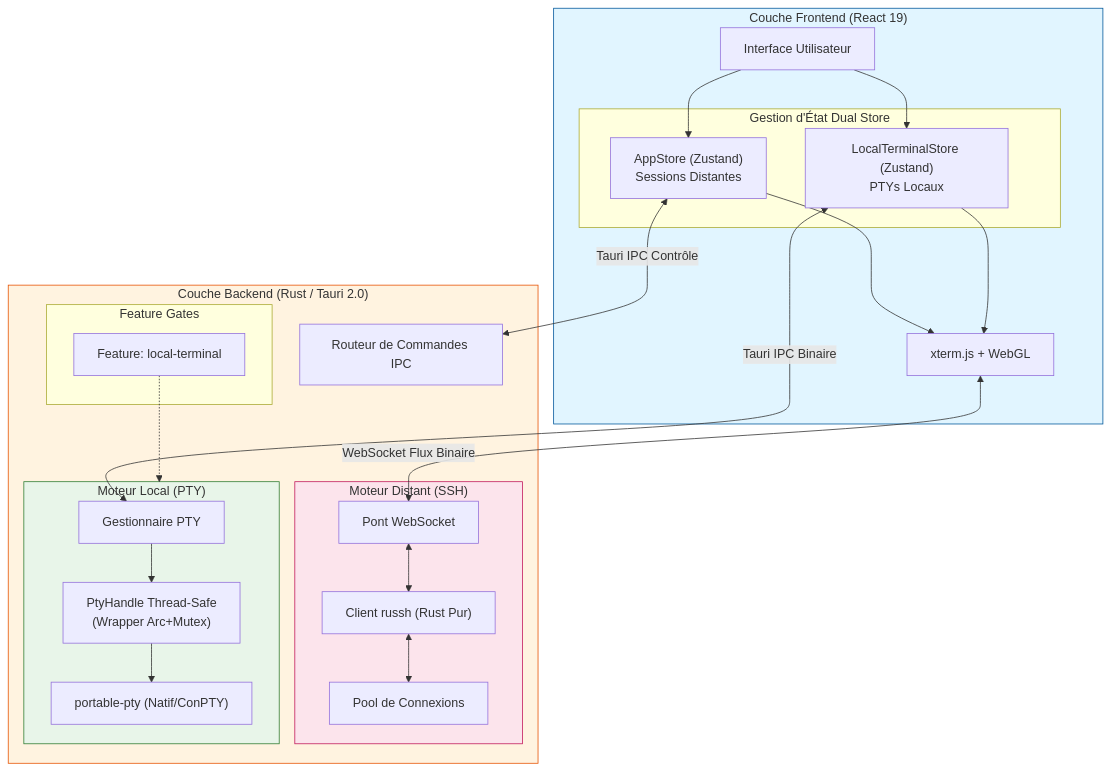
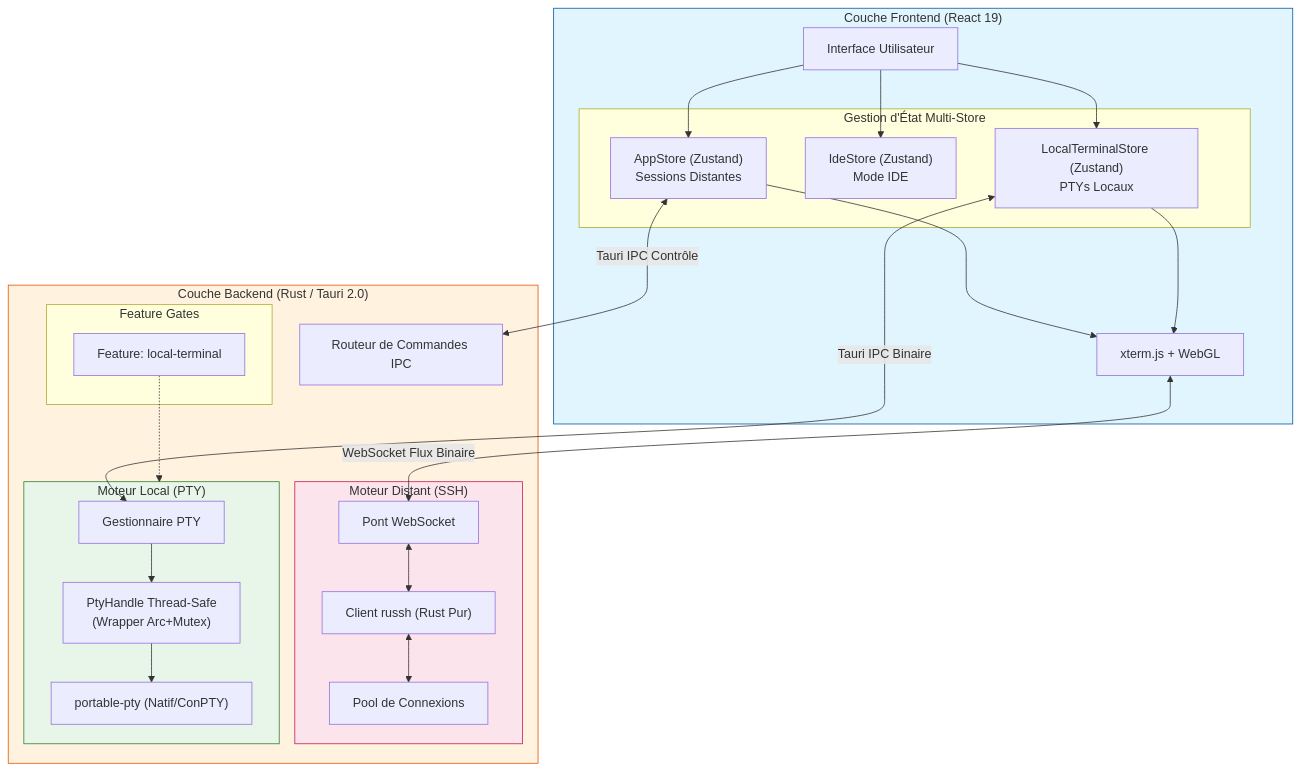
The diagram in README.fr.md (AnalyseDeCircuit/OxideTerm), drawn with Mermaid before and after one commit. The commit also changed other lines of this file and 6 other files, not shown here.

First line of the commit message:
chore: update architecture documentation and version to v1.3.2

````diff
--- a/README.fr.md
+++ b/README.fr.md
@@ -54,53 +55,55 @@
 ```mermaid
 flowchart TB
     subgraph Frontend ["Couche Frontend (React 19)"]
         UI[Interface Utilisateur]
         
-        subgraph Stores ["Gestion d'État Dual Store"]
+        subgraph Stores ["Gestion d'État Multi-Store"]
             RemoteStore["AppStore (Zustand)<br/>Sessions Distantes"]
+            IdeStore["IdeStore (Zustand)<br/>Mode IDE"]
             LocalStore["LocalTerminalStore (Zustand)<br/>PTYs Locaux"]
         end
         
         Terminal["xterm.js + WebGL"]
         
         UI --> RemoteStore
+        UI --> IdeStore
         UI --> LocalStore
         RemoteStore --> Terminal
         LocalStore --> Terminal
     end
 
     subgraph Backend ["Couche Backend (Rust / Tauri 2.0)"]
         Router["Routeur de Commandes IPC"]
         
         subgraph Features ["Feature Gates"]
             LocalFeat["Feature: local-terminal"]
         end
 
         subgraph RemoteEngine ["Moteur Distant (SSH)"]
             WS["Pont WebSocket"]
             SSH["Client russh (Rust Pur)"]
             Pool["Pool de Connexions"]
         end
 
         subgraph LocalEngine ["Moteur Local (PTY)"]
             PtyMgr["Gestionnaire PTY"]
             PtyHandle["PtyHandle Thread-Safe<br/>(Wrapper Arc+Mutex)"]
             NativePTY["portable-pty (Natif/ConPTY)"]
         end
     end
 
     %% Flux de Données
     LocalStore <-->|Tauri IPC Binaire| PtyMgr
     PtyMgr --> PtyHandle --> NativePTY
     
     RemoteStore <-->|Tauri IPC Contrôle| Router
     Terminal <-->|WebSocket Flux Binaire| WS
     WS <--> SSH <--> Pool
     
     LocalFeat -.-> LocalEngine
     
     style Frontend fill:#e1f5ff,stroke:#01579b
     style Backend fill:#fff3e0,stroke:#e65100
     style LocalEngine fill:#e8f5e9,stroke:#2e7d32
     style RemoteEngine fill:#fce4ec,stroke:#c2185b
 ```
````
